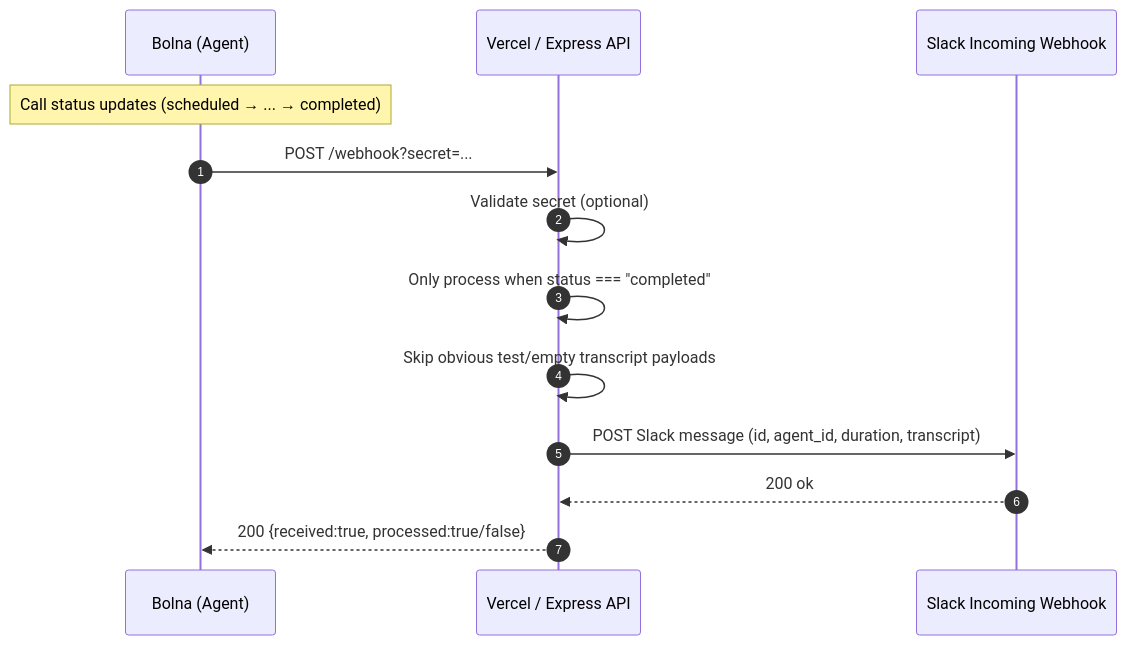
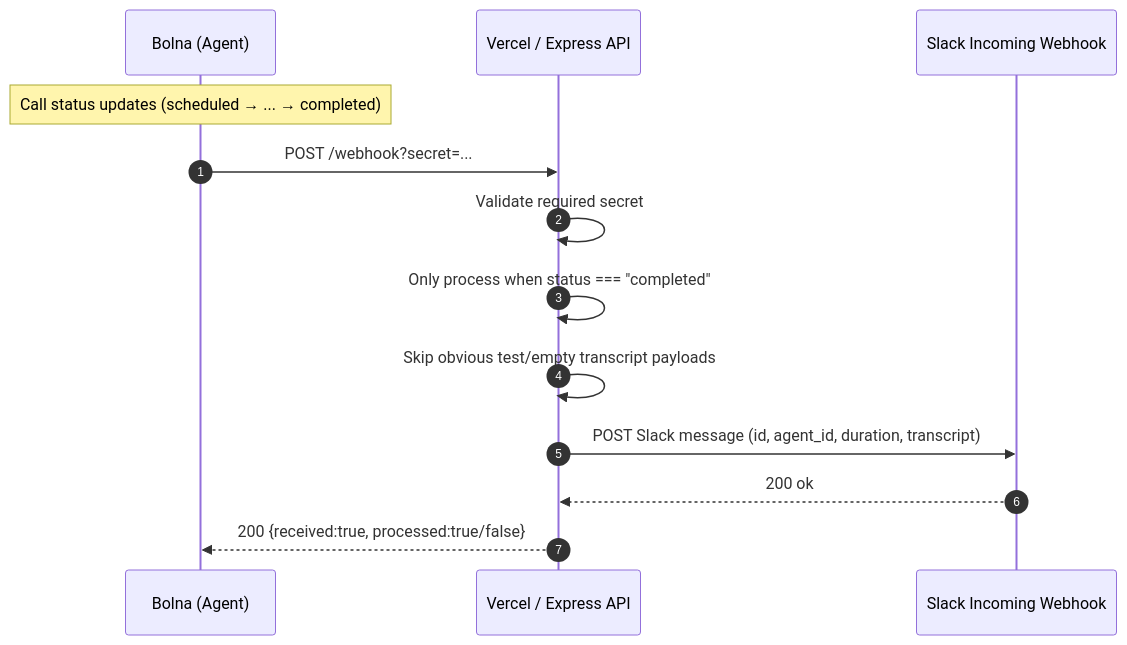
The diagram in README.md (AmaanHaider/voice-agent-slack-pipeline), drawn with Mermaid before and after one commit. The commit also changed other lines of this file, not shown here.

````diff
--- a/README.md
+++ b/README.md
@@ -7,16 +7,16 @@
 ```mermaid
 sequenceDiagram
   autonumber
   participant B as Bolna (Agent)
   participant V as Vercel / Express API
   participant S as Slack Incoming Webhook
 
   Note over B: Call status updates (scheduled → ... → completed)
   B->>V: POST /webhook?secret=...
-  V->>V: Validate secret (optional)
+  V->>V: Validate required secret
   V->>V: Only process when status === "completed"
   V->>V: Skip obvious test/empty transcript payloads
   V->>S: POST Slack message (id, agent_id, duration, transcript)
   S-->>V: 200 ok
   V-->>B: 200 {received:true, processed:true/false}
 ```
````
